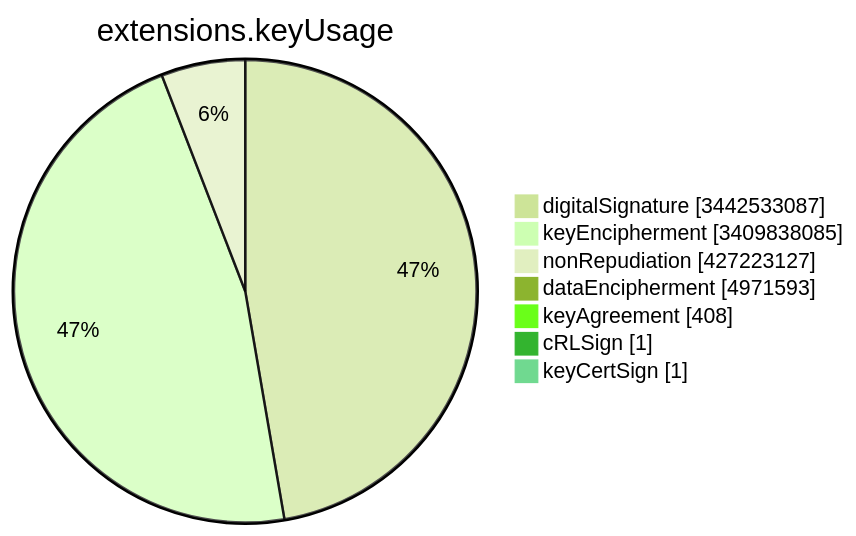
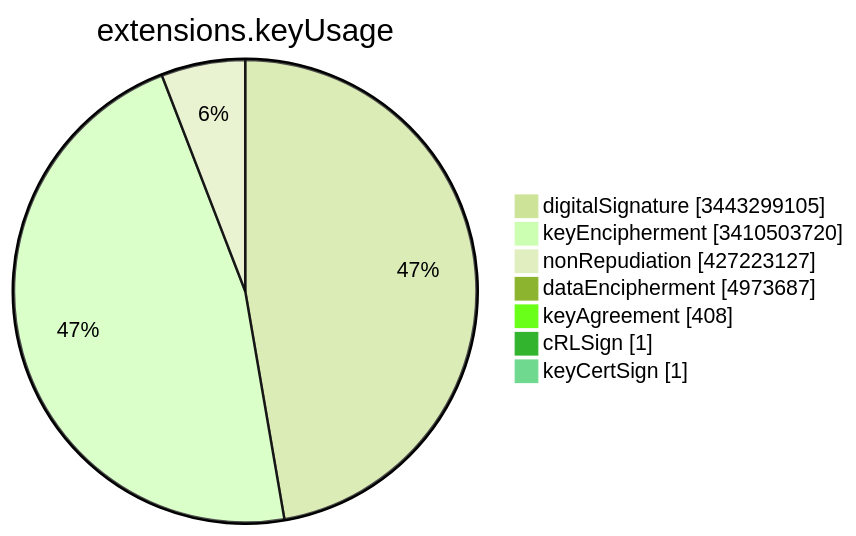
One commit to christiankrug/ctmonitor_visualization changed the sixth of 15 diagrams in TOTAL/README.md. Above: the diagram before and after it, drawn with Mermaid (forest theme). The commit also changed other lines of this file, not shown here.

````diff
--- a/TOTAL/README.md
+++ b/TOTAL/README.md
@@ -3082,11 +3082,11 @@
 ```mermaid
 pie showData
 title extensions.keyUsage
-"digitalSignature" :3442533087
-"keyEncipherment" :3409838085
+"digitalSignature" :3443299105
+"keyEncipherment" :3410503720
 "nonRepudiation" :427223127
-"dataEncipherment" :4971593
+"dataEncipherment" :4973687
 "keyAgreement" :408
 "cRLSign" :1
 "keyCertSign" :1
 ```
````
